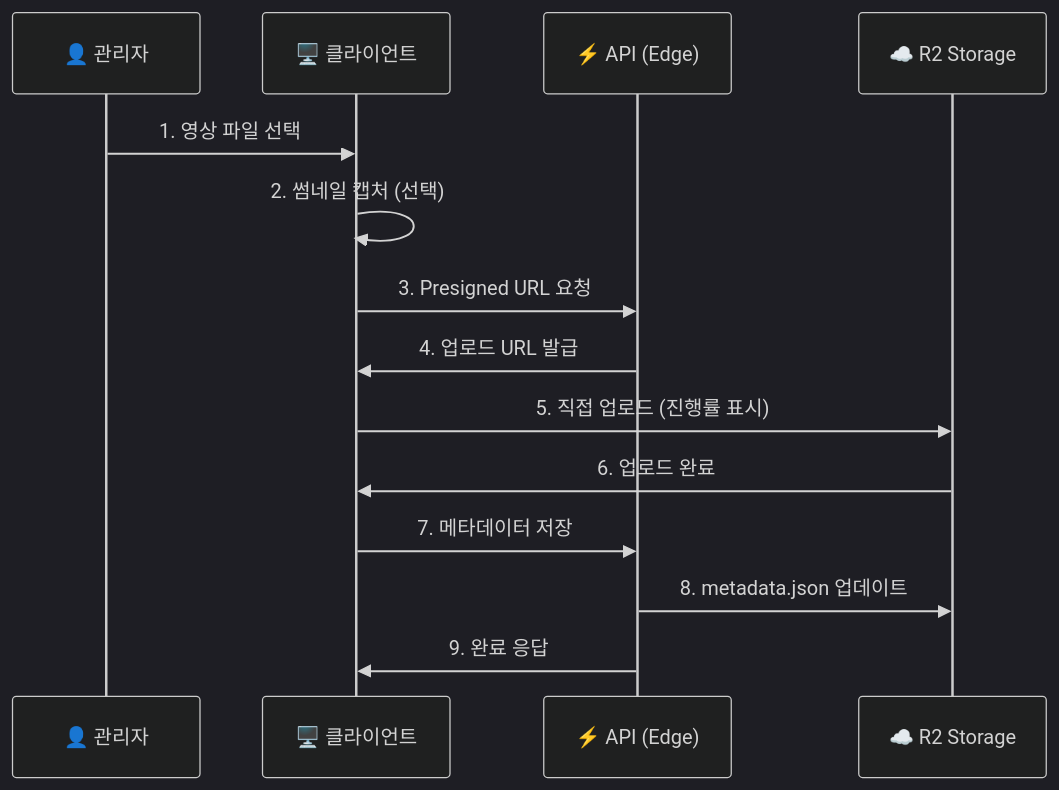
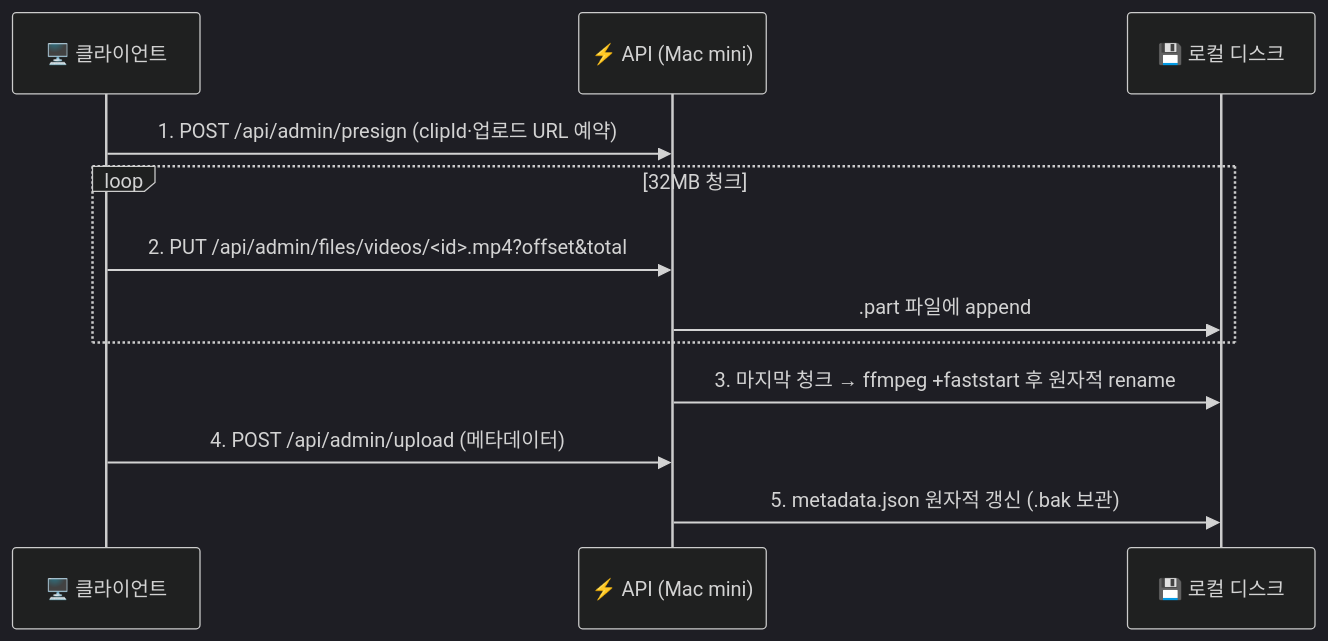
The third of 3 diagrams in clipplay/README.md (izowooi/crispy-web), drawn with Mermaid (dark theme) before and after one commit. The commit also changed other lines of this file and 52 other files, not shown here.

````diff
--- a/clipplay/README.md
+++ b/clipplay/README.md
@@ -190,17 +164,15 @@
 ```mermaid
 sequenceDiagram
-    participant U as 👤 관리자
     participant C as 🖥️ 클라이언트
-    participant A as ⚡ API (Edge)
-    participant R as ☁️ R2 Storage
+    participant A as ⚡ API (Mac mini)
+    participant D as 💾 로컬 디스크
 
-    U->>C: 1. 영상 파일 선택
-    C->>C: 2. 썸네일 캡처 (선택)
-    C->>A: 3. Presigned URL 요청
-    A->>C: 4. 업로드 URL 발급
-    C->>R: 5. 직접 업로드 (진행률 표시)
-    R->>C: 6. 업로드 완료
-    C->>A: 7. 메타데이터 저장
-    A->>R: 8. metadata.json 업데이트
-    A->>C: 9. 완료 응답
+    C->>A: 1. POST /api/admin/presign (clipId·업로드 URL 예약)
+    loop 32MB 청크
+        C->>A: 2. PUT /api/admin/files/videos/<id>.mp4?offset&total
+        A->>D: .part 파일에 append
+    end
+    A->>D: 3. 마지막 청크 → ffmpeg +faststart 후 원자적 rename
+    C->>A: 4. POST /api/admin/upload (메타데이터)
+    A->>D: 5. metadata.json 원자적 갱신 (.bak 보관)
 ```
````
